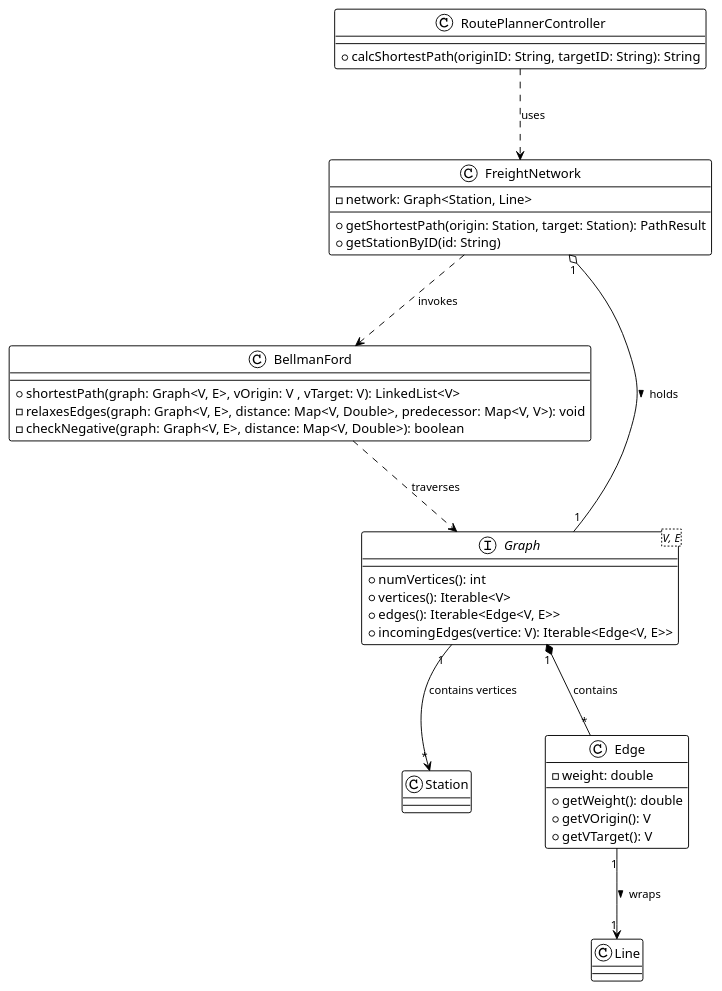
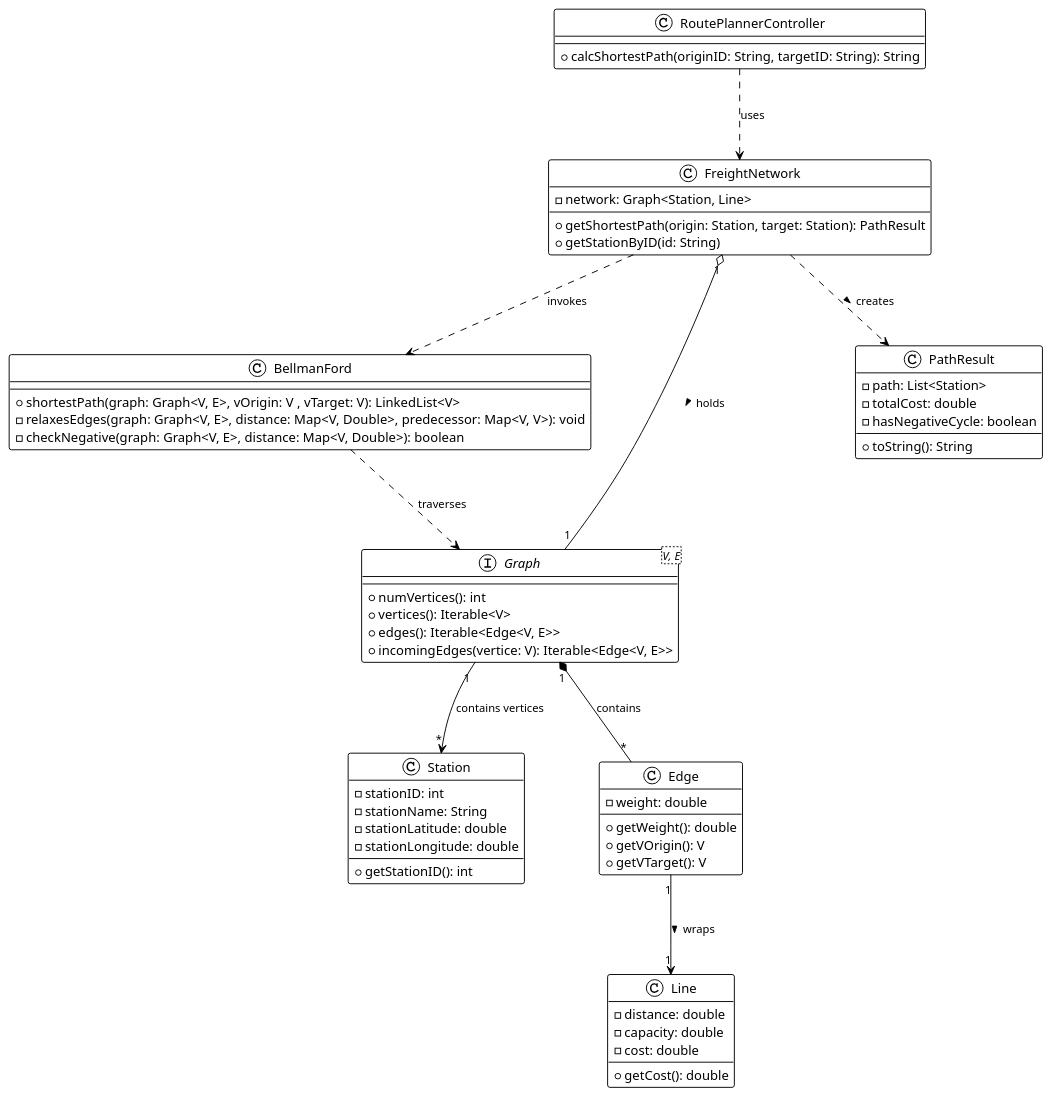
Before and after one commit to ivasduarte/logistics-on-rails: the diagram in doc/sprint-3/usei15/02. analysis/puml/USEI15-DM.puml, drawn with PlantUML. The commit also changed 2 other files, not shown here.

```diff
--- a/doc/sprint-3/usei15/02. analysis/puml/USEI15-DM.puml
+++ b/doc/sprint-3/usei15/02. analysis/puml/USEI15-DM.puml
@@ -1,56 +1,74 @@
 @startuml
 !theme plain
 skinparam classAttributeSize 0
 skinparam defaultTextAlignment center
 skinparam pakcageStyle rectangle
 skinparam Shadowing false
 skinparam ArrowFontSize 12
 skinparam nodesep 80
 skinparam ranksep 80
 
 class RoutePlannerController{
     + calcShortestPath(originID: String, targetID: String): String
 }
 
 class FreightNetwork{
     - network: Graph<Station, Line>
     + getShortestPath(origin: Station, target: Station): PathResult
     + getStationByID(id: String)
 }
 
-class Station{}
+class Station{
+    - stationID: int
+    - stationName: String
+    - stationLatitude: double
+    - stationLongitude: double
+    + getStationID(): int
+}
 
-class Line{}
+class Line{
+    - distance: double
+    - capacity: double
+    - cost: double
+    + getCost(): double
+}
 
 class BellmanFord{
     + shortestPath(graph: Graph<V, E>, vOrigin: V , vTarget: V): LinkedList<V>
     - relaxesEdges(graph: Graph<V, E>, distance: Map<V, Double>, predecessor: Map<V, V>): void
     - checkNegative(graph: Graph<V, E>, distance: Map<V, Double>): boolean
 }
 
 interface Graph<V, E>{
     + numVertices(): int
     + vertices(): Iterable<V>
     + edges(): Iterable<Edge<V, E>>
     + incomingEdges(vertice: V): Iterable<Edge<V, E>>
 }
 
 class Edge{
     - weight: double
     + getWeight(): double
     + getVOrigin(): V
     + getVTarget(): V
 }
 
+class PathResult{
+    - path: List<Station>
+    - totalCost: double
+    - hasNegativeCycle: boolean
+    + toString(): String
+}
+
 'relationships
 RoutePlannerController ..> FreightNetwork : uses
 FreightNetwork "1" o-- "1" Graph: holds >
 FreightNetwork ..> BellmanFord : invokes
+FreightNetwork ..> PathResult : creates >
 BellmanFord ..> Graph : traverses
 
 Graph "1" *-- "*" Edge: contains
 Edge "1" --> "1" Line: wraps >
 Graph "1" --> "*" Station: contains vertices
 
-
 @enduml
```
